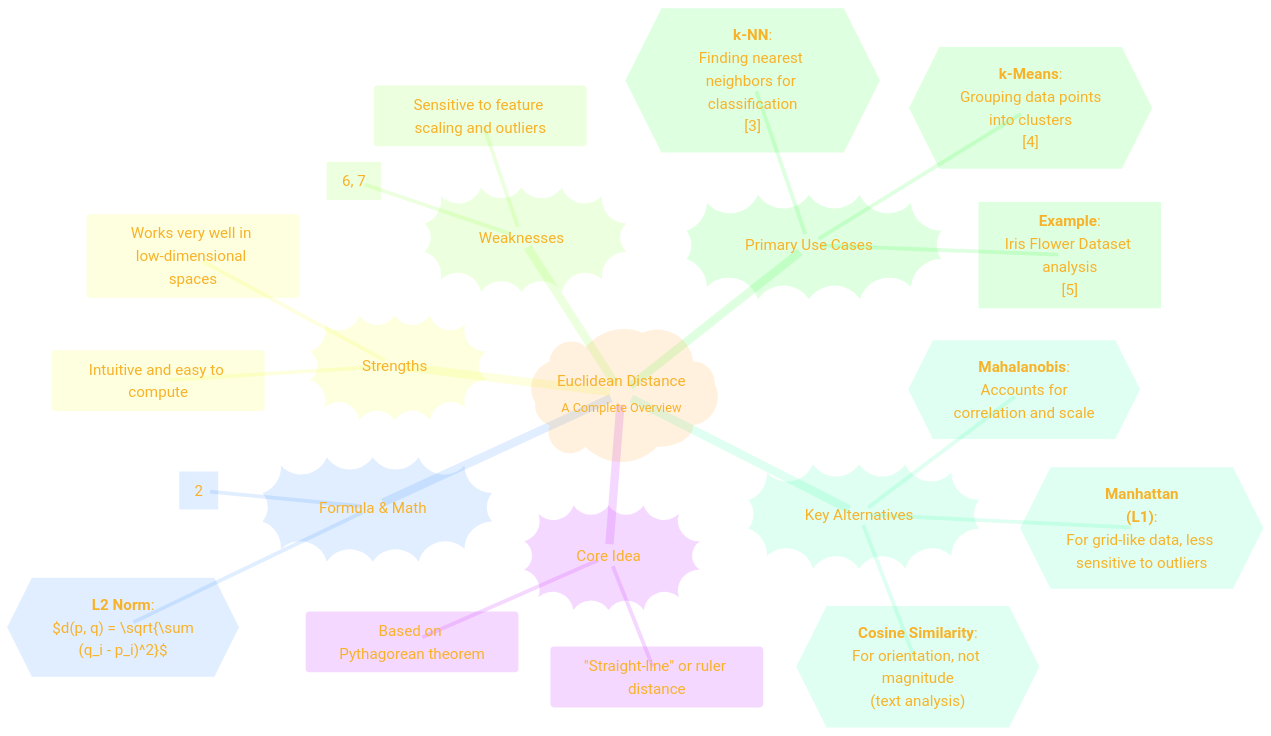
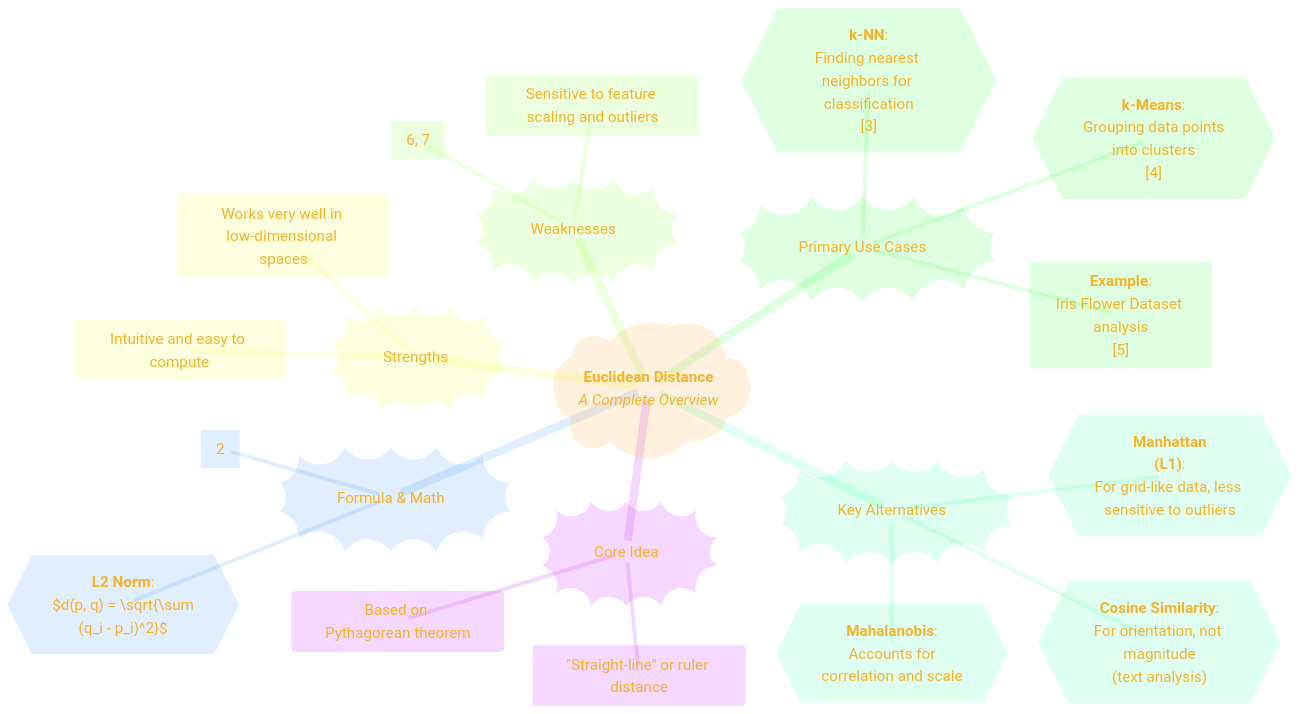
One commit to CongLeSolutionX/Harmonic_Atomica changed the sixth of 7 diagrams in Distance_Similarity_Metrics/Euclidean_Distance.md. Above: the diagram before and after it, drawn with Mermaid. The commit also changed other lines of this file, not shown here.

````diff
--- a/Distance_Similarity_Metrics/Euclidean_Distance.md
+++ b/Distance_Similarity_Metrics/Euclidean_Distance.md
@@ -409,59 +409,59 @@
 ```mermaid
 ---
 title: "Summary"
 author: "Cong Le"
 version: "1.0"
 license(s): "MIT, CC BY-SA 4.0"
 copyright: "Copyright © 2025 Cong Le. All Rights Reserved."
 config:
   theme: base
 ---
 %%%%%%%% Mermaid version v11.4.1-b.14
 %%{
   init: {
     'fontFamily': 'American Typewriter, monospace',
     'logLevel': 'fatal',
     'mindmap': {
 	    'nodeAlign': 'center',
 	    'padding': 20
     },
     'themeVariables': {
       'primaryColor': '#FC82',
       'primaryTextColor': '#F8B229',
       'primaryBorderColor': '#27AE60',
       'secondaryColor': '#EBF3',
       'secondaryTextColor': '#6C3483',
       'secondaryBorderColor': '#A569BD',
       'fontSize': '20px'
     }
   }
 }%%
 mindmap
-  root)"Euclidean Distance<br><SUB>A Complete Overview</SUB>"(
+  root)"**Euclidean Distance**<br/>*A Complete Overview*"(
     Core_Idea))"Core Idea"((
       ::icon(fa fa-lightbulb)
       "Straight-line" or ruler distance
       Based on Pythagorean theorem
     Formula_and_Math))"Formula & Math"((
       ::icon(fa fa-calculator)
       L2_Norm{{"**L2 Norm**:<br/> $d(p, q) = \sqrt{\sum (q_i - p_i)^2}$"}}
       Satisfies metric space properties [2]
     Strengths))"Strengths"((
       ::icon(fa fa-thumbs-up)
       Intuitive and easy to compute
       Works very well in low-dimensional spaces
     Weaknesses))"Weaknesses"((
       ::icon(fa fa-thumbs-down)
       Suffers from the "Curse of Dimensionality" [6, 7]
       Sensitive to feature scaling and outliers
     Primary_Use_Cases))"Primary Use Cases"((
       ::icon(fa fa-robot)
        k_NN{{"**k-NN**:<br/>Finding nearest neighbors for classification<br/>[3]"}}
        k_Means{{"**k-Means**:<br/> Grouping data points into clusters<br/>[4]"}}
        Example["**Example**:<br/>Iris Flower Dataset analysis<br/>[5]"]
     Key_Alternatives))"Key Alternatives"((
       ::icon(fa fa-random)
       Manhattan{{"**Manhattan<br/>(L1)**:<br/>For grid-like data, less sensitive to outliers"}}
       Cosine_Similarity{{"**Cosine Similarity**:<br/>For orientation, not magnitude<br/>(text analysis)"}}
       Mahalanobis{{"**Mahalanobis**:<br/> Accounts for correlation and scale"}}
 ```
````
